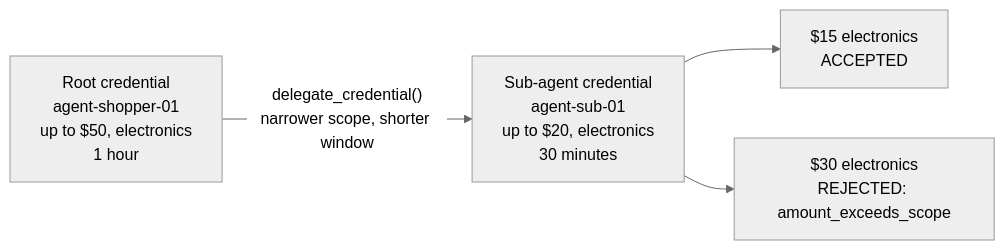
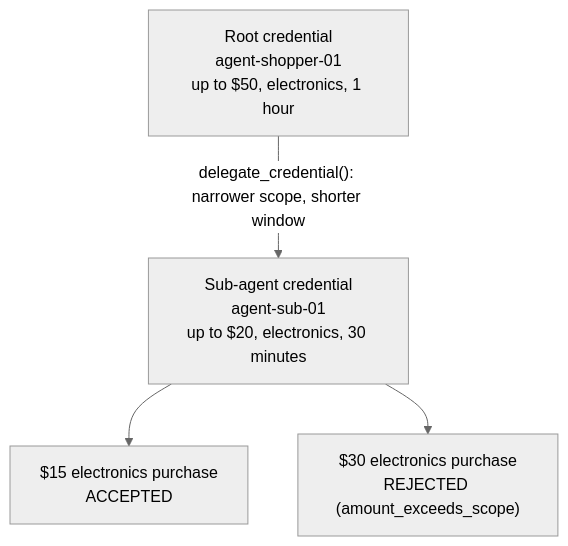
Before and after one commit to RishabhPande/know-your-agent: the diagram in README.md, drawn with Mermaid (neutral theme).

Commit message:
Revise flowchart syntax and improve readability
Updated flowchart format in README.md for clarity and consistency.

````diff
--- a/README.md
+++ b/README.md
@@ -153,6 +153,10 @@
 ```mermaid
-flowchart LR
-    R["Root credential<br/>agent-shopper-01<br/>up to $50, electronics<br/>1 hour"] -->|"delegate_credential()<br/>narrower scope, shorter window"| L["Sub-agent credential<br/>agent-sub-01<br/>up to $20, electronics<br/>30 minutes"]
-    L --> A["$15 electronics<br/>ACCEPTED"]
-    L --> B["$30 electronics<br/>REJECTED: amount_exceeds_scope"]
+flowchart TB
+    R["Root credential<br/>agent-shopper-01<br/>up to $50, electronics, 1 hour"]
+    L["Sub-agent credential<br/>agent-sub-01<br/>up to $20, electronics, 30 minutes"]
+    A["$15 electronics purchase<br/>ACCEPTED"]
+    B["$30 electronics purchase<br/>REJECTED (amount_exceeds_scope)"]
+    R -->|"delegate_credential(): narrower scope, shorter window"| L
+    L --> A
+    L --> B
 ```
````
